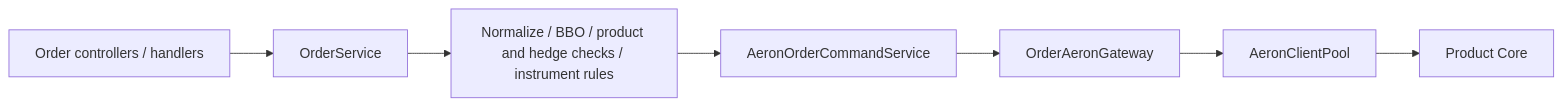
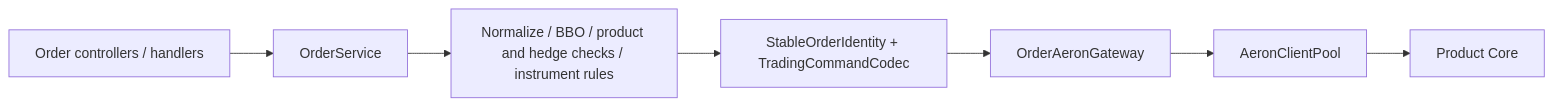
One commit to lilaizhencn/surprising-ex changed the diagram in surprising-gateway/README.md. Above: the diagram before and after it, drawn with Mermaid. The commit also changed other lines of this file and 14 other files, not shown here.

First line of the commit message:
docs(aeron): align architecture docs with the current order path

````diff
--- a/surprising-gateway/README.md
+++ b/surprising-gateway/README.md
@@ -21,9 +21,9 @@
 ```mermaid
 flowchart LR
     Request[Order controllers / handlers] --> OS[OrderService]
     OS --> Normalize[Normalize / BBO / product and hedge checks / instrument rules]
-    Normalize --> Command[AeronOrderCommandService]
-    Command --> Gateway[OrderAeronGateway]
+    Normalize --> Encode[StableOrderIdentity + TradingCommandCodec]
+    Encode --> Gateway[OrderAeronGateway]
     Gateway --> Pool[AeronClientPool]
     Pool --> Core[Product Core]
 ```
````
